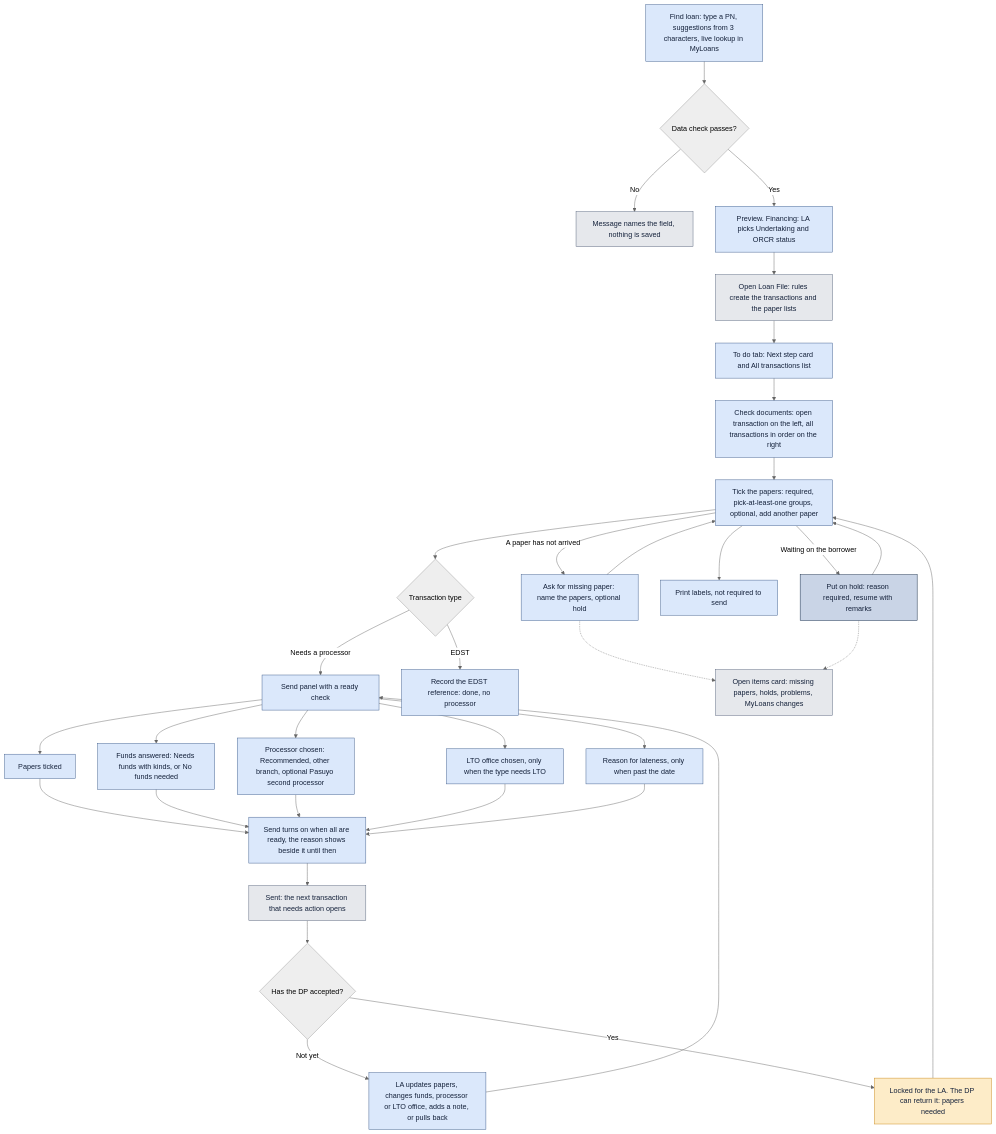
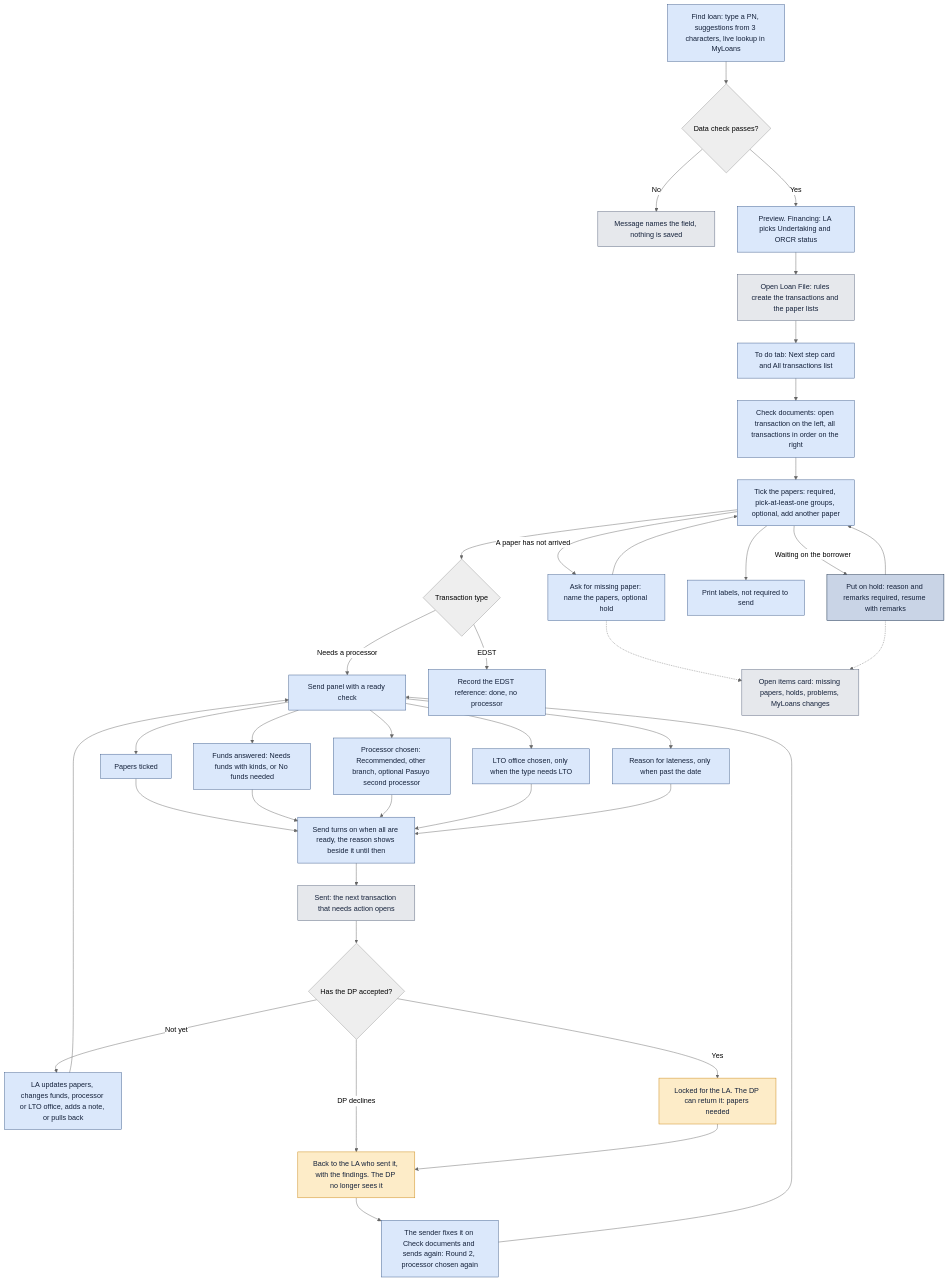
Before and after one commit to MewinDev/gdfi-dms: the diagram in docs/workflow/03-loan-associate.md, drawn with Mermaid (neutral theme). The commit also changed other lines of this file and 108 other files, not shown here.

````diff
--- a/docs/workflow/03-loan-associate.md
+++ b/docs/workflow/03-loan-associate.md
@@ -9,42 +9,45 @@
 ```mermaid
 flowchart TD
   A1["Find loan: type a PN, suggestions from 3 characters, live lookup in MyLoans"]:::la
   A1 --> A2{"Data check passes?"}
   A2 -->|No| A2b["Message names the field, nothing is saved"]:::sys
   A2 -->|Yes| A3["Preview. Financing: LA picks Undertaking and ORCR status"]:::la
   A3 --> A4["Open Loan File: rules create the transactions and the paper lists"]:::sys
   A4 --> A5["To do tab: Next step card and All transactions list"]:::la
   A5 --> B1["Check documents: open transaction on the left, all transactions in order on the right"]:::la
   B1 --> B2["Tick the papers: required, pick-at-least-one groups, optional, add another paper"]:::la
   B2 -->|"A paper has not arrived"| B3["Ask for missing paper: name the papers, optional hold"]:::la
   B3 --> B2
-  B2 -->|"Waiting on the borrower"| B4["Put on hold: reason required, resume with remarks"]:::hold
+  B2 -->|"Waiting on the borrower"| B4["Put on hold: reason and remarks required, resume with remarks"]:::hold
   B4 --> B2
   B2 --> B5["Print labels, not required to send"]:::la
   B2 --> B6{"Transaction type"}
   B6 -->|"Needs a processor"| C1["Send panel with a ready check"]:::la
   B6 -->|EDST| B7["Record the EDST reference: done, no processor"]:::la
   C1 --> C2["Papers ticked"]:::la
   C1 --> C3["Funds answered: Needs funds with kinds, or No funds needed"]:::la
   C1 --> C4["Processor chosen: Recommended, other branch, optional Pasuyo second processor"]:::la
   C1 --> C5["LTO office chosen, only when the type needs LTO"]:::la
   C1 --> C6["Reason for lateness, only when past the date"]:::la
   C2 --> C7["Send turns on when all are ready, the reason shows beside it until then"]:::la
   C3 --> C7
   C4 --> C7
   C5 --> C7
   C6 --> C7
   C7 --> C8["Sent: the next transaction that needs action opens"]:::sys
   C8 --> D1{"Has the DP accepted?"}
   D1 -->|"Not yet"| D2["LA updates papers, changes funds, processor or LTO office, adds a note, or pulls back"]:::la
   D2 --> C1
   D1 -->|Yes| D3["Locked for the LA. The DP can return it: papers needed"]:::dp
-  D3 --> B2
+  D1 -->|"DP declines"| D4["Back to the LA who sent it, with the findings. The DP no longer sees it"]:::dp
+  D3 --> D4
+  D4 --> D5["The sender fixes it on Check documents and sends again: Round 2, processor chosen again"]:::la
+  D5 --> C1
   O["Open items card: missing papers, holds, problems, MyLoans changes"]:::sys
   B3 -.-> O
   B4 -.-> O
   classDef la fill:#dbe8fb,stroke:#3b5a8a,color:#14213a
   classDef dp fill:#fdecc8,stroke:#c98512,color:#14213a
   classDef sys fill:#e6e8ec,stroke:#56627a,color:#14213a
   classDef hold fill:#c9d4e6,stroke:#0c2340,color:#14213a
 ```
````
